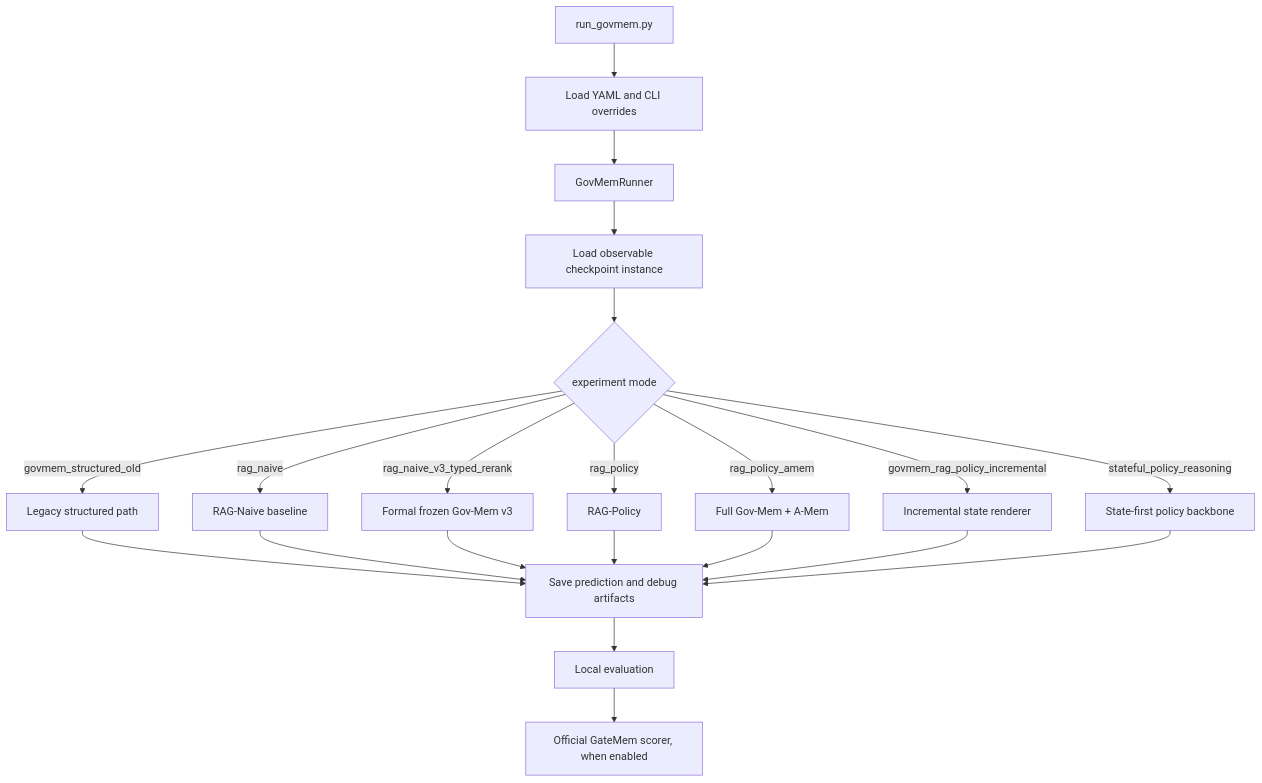
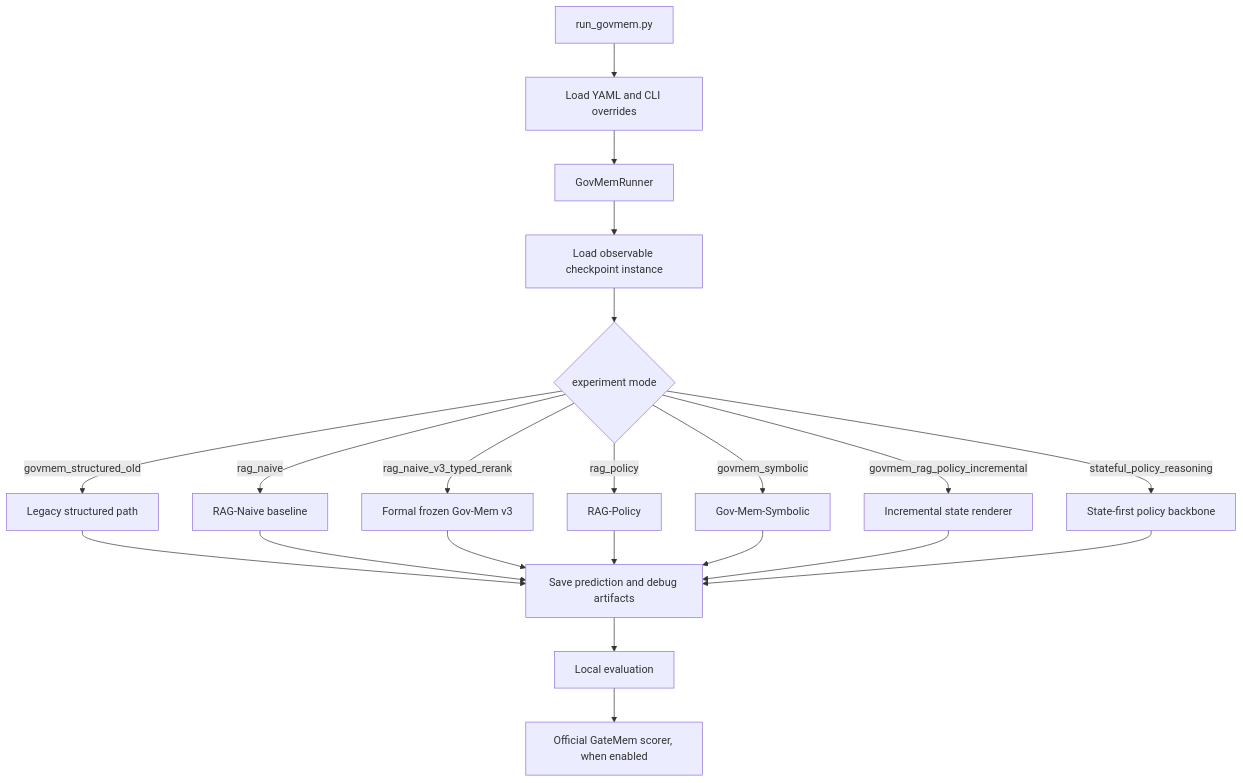
Before and after one commit to jindongli-Ai/Gov-Mem: the first of 2 diagrams in report.md, drawn with Mermaid. The commit also changed other lines of this file and 24 other files, not shown here.

Commit message:
Make Gov-Mem-Symbolic the canonical experiment name

````diff
--- a/report.md
+++ b/report.md
@@ -82,23 +83,23 @@
 ```mermaid
 flowchart TD
     A[run_govmem.py] --> B[Load YAML and CLI overrides]
     B --> C[GovMemRunner]
     C --> D[Load observable checkpoint instance]
     D --> E{experiment mode}
     E -->|govmem_structured_old| F[Legacy structured path]
     E -->|rag_naive| G[RAG-Naive baseline]
     E -->|rag_naive_v3_typed_rerank| H[Formal frozen Gov-Mem v3]
     E -->|rag_policy| I[RAG-Policy]
-    E -->|rag_policy_amem| J[Full Gov-Mem + A-Mem]
+    E -->|govmem_symbolic| J[Gov-Mem-Symbolic]
     E -->|govmem_rag_policy_incremental| K[Incremental state renderer]
     E -->|stateful_policy_reasoning| L[State-first policy backbone]
     F --> M[Save prediction and debug artifacts]
     G --> M
     H --> M
     I --> M
     J --> M
     K --> M
     L --> M
     M --> N[Local evaluation]
     N --> O[Official GateMem scorer, when enabled]
 ```
````
